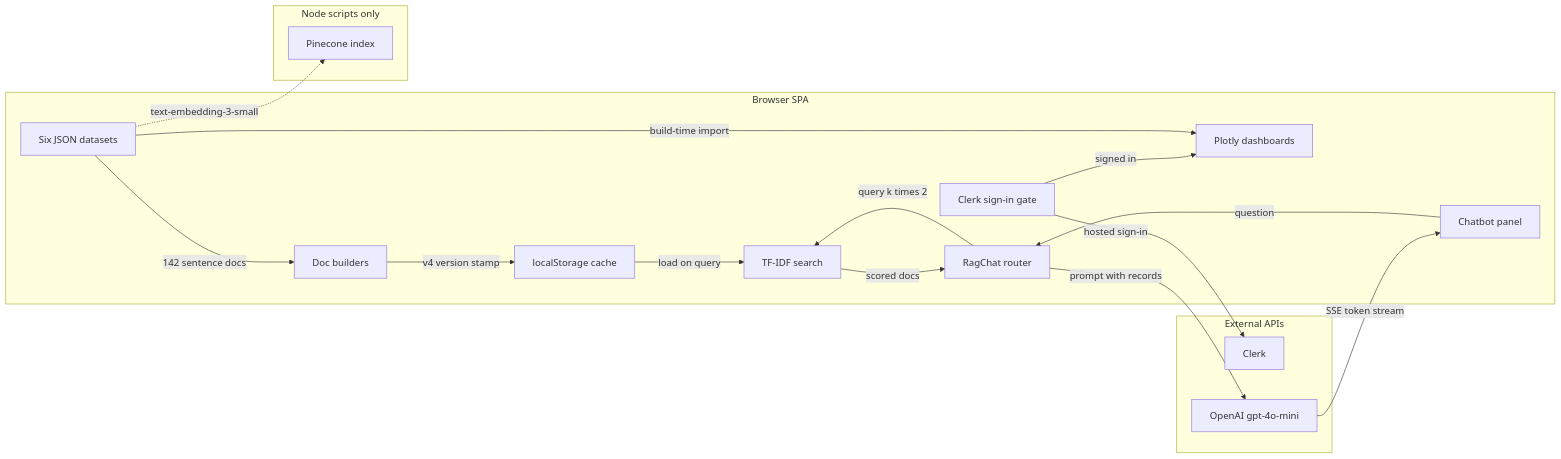
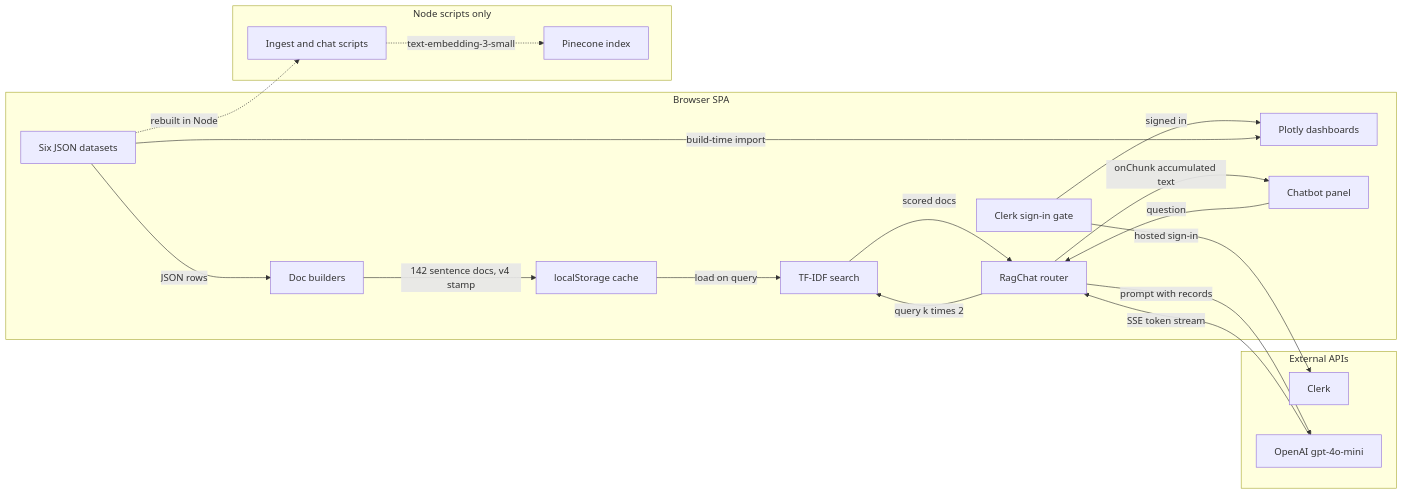
One commit to anirxdh/portfolio changed the diagram in content/diagrams/insightedu-browser-retrieval-architecture.mmd. Above: the diagram before and after it, drawn with Mermaid. The commit also changed 77 other files, not shown here.

```diff
--- a/content/diagrams/insightedu-browser-retrieval-architecture.mmd
+++ b/content/diagrams/insightedu-browser-retrieval-architecture.mmd
@@ -1,30 +1,33 @@
-graph LR
+flowchart LR
   subgraph B[Browser SPA]
     A[Clerk sign-in gate]
     C[Six JSON datasets]
     D[Plotly dashboards]
     E[Doc builders]
     F[localStorage cache]
     G[TF-IDF search]
     H[RagChat router]
     I[Chatbot panel]
   end
   subgraph X[External APIs]
     J[Clerk]
     K[OpenAI gpt-4o-mini]
   end
   subgraph N[Node scripts only]
+    M[Ingest and chat scripts]
     L[Pinecone index]
   end
   A -- hosted sign-in --> J
   A -- signed in --> D
   C -- build-time import --> D
-  C -- 142 sentence docs --> E
-  E -- v4 version stamp --> F
+  C -- JSON rows --> E
+  E -- 142 sentence docs, v4 stamp --> F
   F -- load on query --> G
   I -- question --> H
   H -- query k times 2 --> G
   G -- scored docs --> H
   H -- prompt with records --> K
-  K -- SSE token stream --> I
-  C -. text-embedding-3-small .-> L
+  K -- SSE token stream --> H
+  H -- onChunk accumulated text --> I
+  C -. rebuilt in Node .-> M
+  M -. text-embedding-3-small .-> L
```
